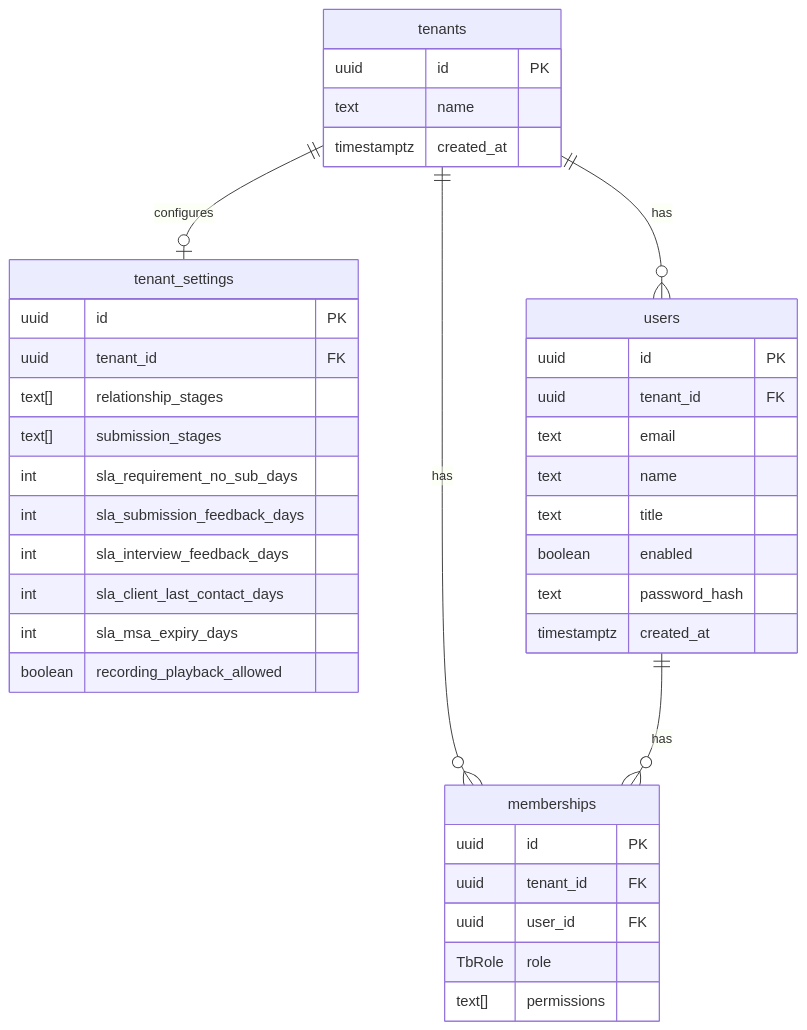
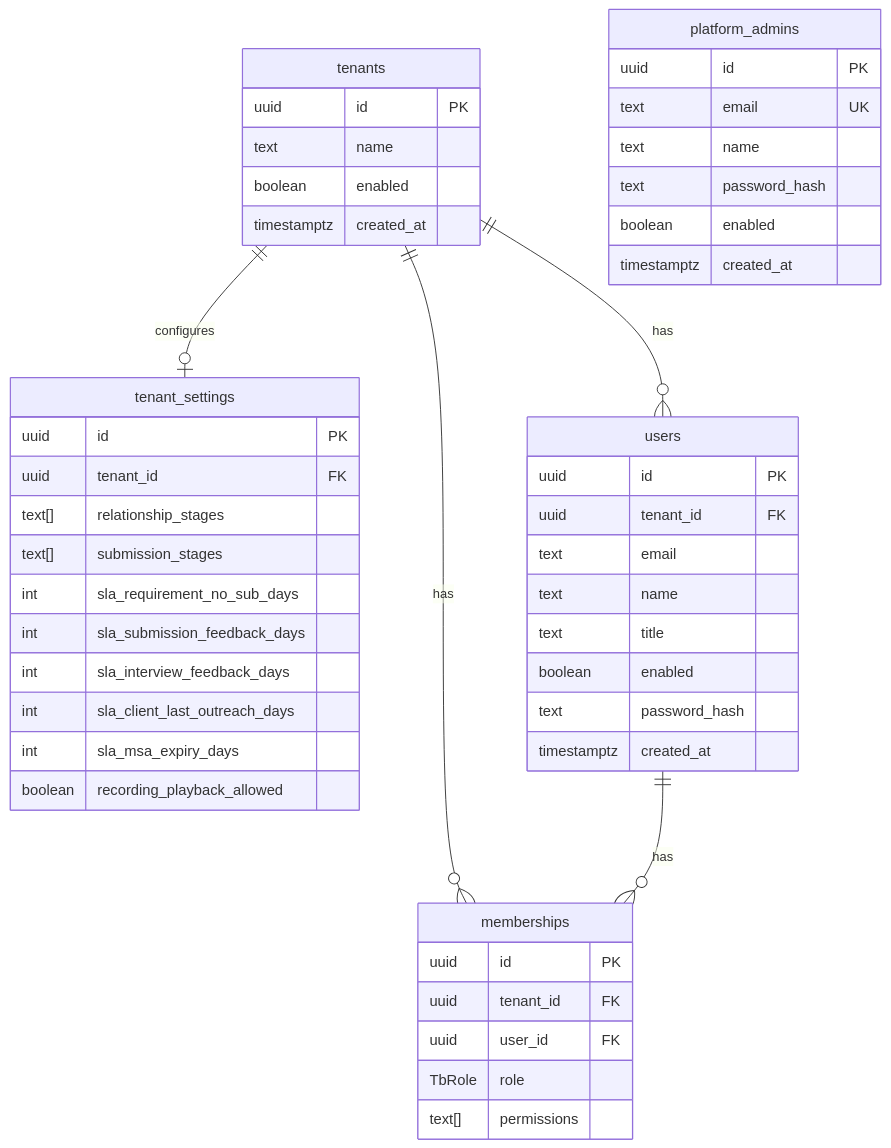
The second of 6 diagrams in docs/schema-er-diagram.md (NityaSoftwareSolutionsInc/TalentBridge), drawn with Mermaid before and after one commit. The commit also changed other lines of this file and 30 other files, not shown here.

````diff
--- a/docs/schema-er-diagram.md
+++ b/docs/schema-er-diagram.md
@@ -66,42 +68,51 @@
 ```mermaid
 erDiagram
   tenants {
     uuid id PK
     text name
+    boolean enabled
+    timestamptz created_at
+  }
+  platform_admins {
+    uuid id PK
+    text email UK
+    text name
+    text password_hash
+    boolean enabled
     timestamptz created_at
   }
   tenant_settings {
     uuid id PK
     uuid tenant_id FK
     text[] relationship_stages
     text[] submission_stages
     int sla_requirement_no_sub_days
     int sla_submission_feedback_days
     int sla_interview_feedback_days
-    int sla_client_last_contact_days
+    int sla_client_last_outreach_days
     int sla_msa_expiry_days
     boolean recording_playback_allowed
   }
   users {
     uuid id PK
     uuid tenant_id FK
     text email
     text name
     text title
     boolean enabled
     text password_hash
     timestamptz created_at
   }
   memberships {
     uuid id PK
     uuid tenant_id FK
     uuid user_id FK
     TbRole role
     text[] permissions
   }
 
   tenants ||--o| tenant_settings : configures
   tenants ||--o{ users : has
   tenants ||--o{ memberships : has
   users ||--o{ memberships : has
 ```
````
